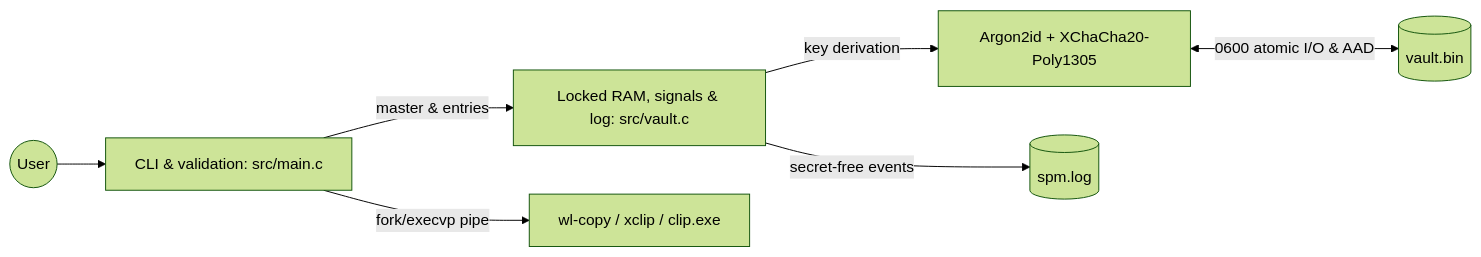
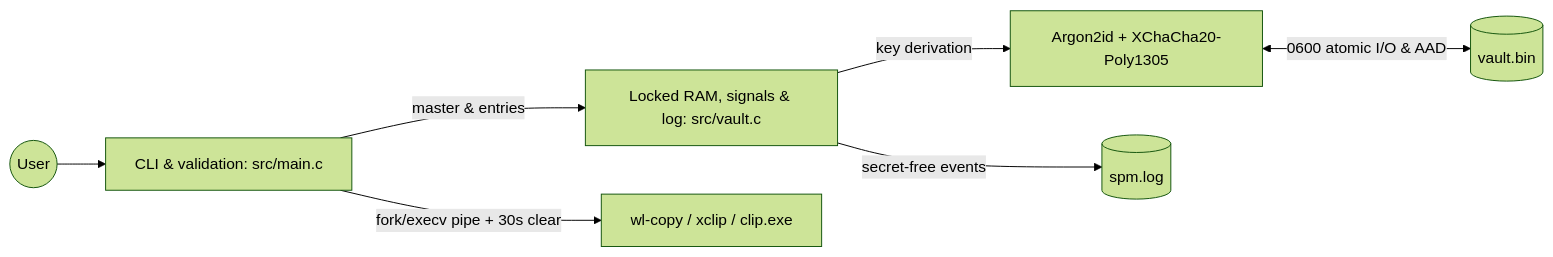
One commit to Aveira-jdk/secureProgramming changed the diagram in README.md. Above: the diagram before and after it, drawn with Mermaid (forest theme). The commit also changed other lines of this file and 5 other files, not shown here.

````diff
--- a/README.md
+++ b/README.md
@@ -47,9 +47,9 @@
 ```mermaid
 flowchart LR
     User((User)) --> CLI[CLI & validation: src/main.c]
     CLI -->|master & entries| Sec[Locked RAM, signals & log: src/vault.c]
     Sec -->|key derivation| KDF[Argon2id + XChaCha20-Poly1305]
     KDF <-->|0600 atomic I/O & AAD| Vault[(vault.bin)]
     Sec -->|secret-free events| Log[(spm.log)]
-    CLI -->|fork/execvp pipe| Clip[wl-copy / xclip / clip.exe]
+    CLI -->|fork/execv pipe + 30s clear| Clip[wl-copy / xclip / clip.exe]
 ```
````
